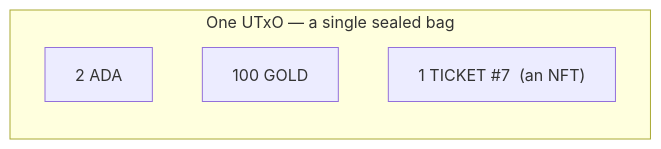
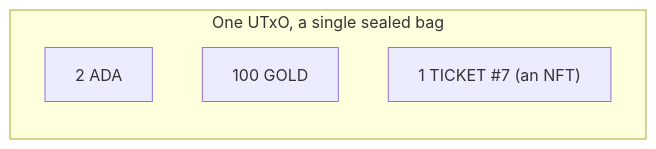
Before and after one commit to cardano-foundation/developer-portal: the diagram in docs/developers/onboarding/lectures/beginner/5-tokens-fungible-and-nfts.md, drawn with Mermaid. The commit also changed other lines of this file, not shown here.

````diff
--- a/docs/developers/onboarding/lectures/beginner/5-tokens-fungible-and-nfts.md
+++ b/docs/developers/onboarding/lectures/beginner/5-tokens-fungible-and-nfts.md
@@ -21,9 +21,9 @@
 ```mermaid
 flowchart TB
-    subgraph Bag["One UTxO — a single sealed bag"]
+    subgraph Bag["One UTxO, a single sealed bag"]
         direction TB
         A["2 ADA"]
         G["100 GOLD"]
-        N["1 TICKET #7 &nbsp;(an NFT)"]
+        N["1 TICKET #7 (an NFT)"]
     end
 ```
````
